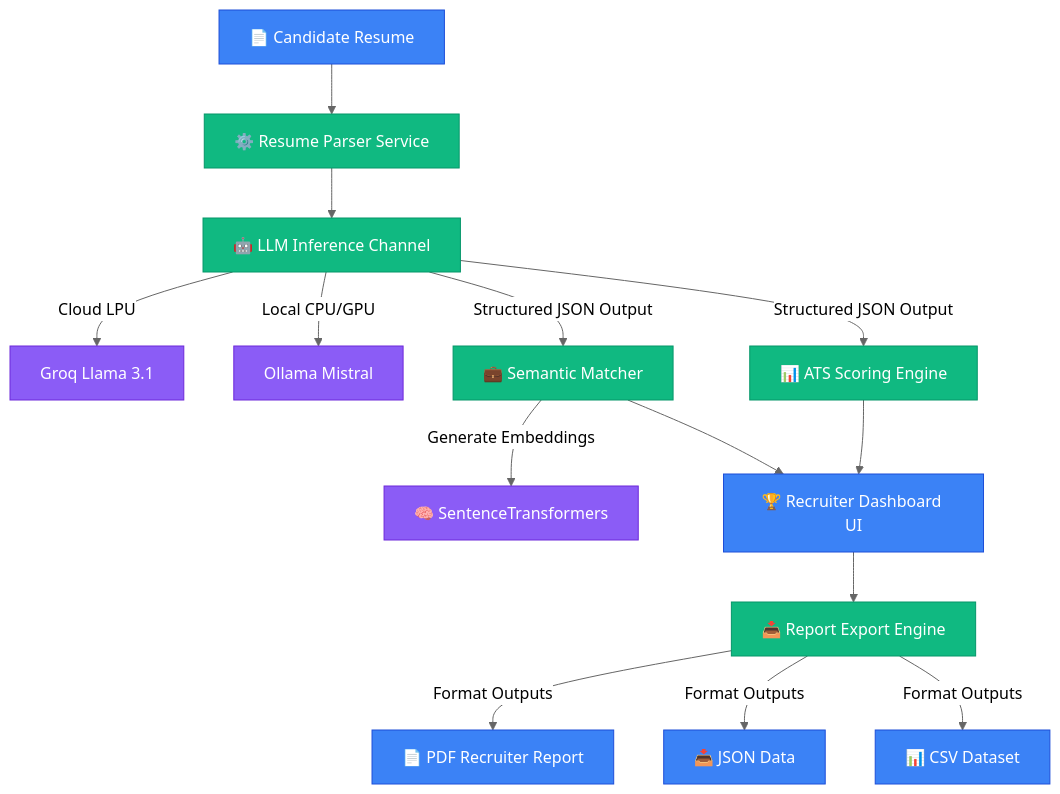
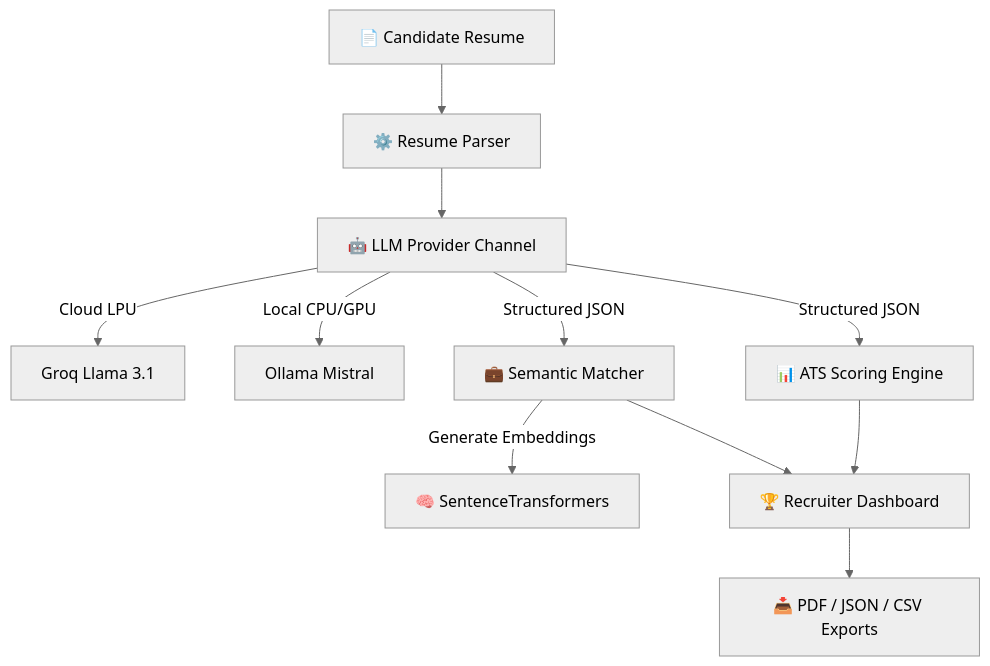
The diagram in README.md (kritika038/resume-parser-llm), drawn with Mermaid (neutral theme) before and after one commit. The commit also changed other lines of this file and 17 other files, not shown here.

````diff
--- a/README.md
+++ b/README.md
@@ -126,25 +52,13 @@
 ```mermaid
 graph TD
-    classDef client fill:#3B82F6,stroke:#1D4ED8,color:#fff
-    classDef logic fill:#10B981,stroke:#059669,color:#fff
-    classDef model fill:#8B5CF6,stroke:#6D28D9,color:#fff
-    
-    Resume[📄 Candidate Resume]:::client --> Parser[⚙️ Resume Parser Service]:::logic
-    Parser --> LLM[🤖 LLM Inference Channel]:::logic
-    
-    LLM -->|Cloud LPU| Groq[Groq Llama 3.1]:::model
-    LLM -->|Local CPU/GPU| Ollama[Ollama Mistral]:::model
-    
-    LLM -->|Structured JSON Output| ATS[📊 ATS Scoring Engine]:::logic
-    LLM -->|Structured JSON Output| Semantic[💼 Semantic Matcher]:::logic
-    
-    Semantic -->|Generate Embeddings| Embedding[🧠 SentenceTransformers]:::model
-    
-    ATS --> Dashboard[🏆 Recruiter Dashboard UI]:::client
+    Resume[📄 Candidate Resume] --> Parser[⚙️ Resume Parser]
+    Parser --> LLM[🤖 LLM Provider Channel]
+    LLM -->|Cloud LPU| Groq[Groq Llama 3.1]
+    LLM -->|Local CPU/GPU| Ollama[Ollama Mistral]
+    LLM -->|Structured JSON| ATS[📊 ATS Scoring Engine]
+    LLM -->|Structured JSON| Semantic[💼 Semantic Matcher]
+    Semantic -->|Generate Embeddings| Embedding[🧠 SentenceTransformers]
+    ATS --> Dashboard[🏆 Recruiter Dashboard]
     Semantic --> Dashboard
-    
-    Dashboard --> Export[📥 Report Export Engine]:::logic
-    Export -->|Format Outputs| PDF[📄 PDF Recruiter Report]:::client
-    Export -->|Format Outputs| JSON[📥 JSON Data]:::client
-    Export -->|Format Outputs| CSV[📊 CSV Dataset]:::client
+    Dashboard --> Export[📥 PDF / JSON / CSV Exports]
 ```
````
